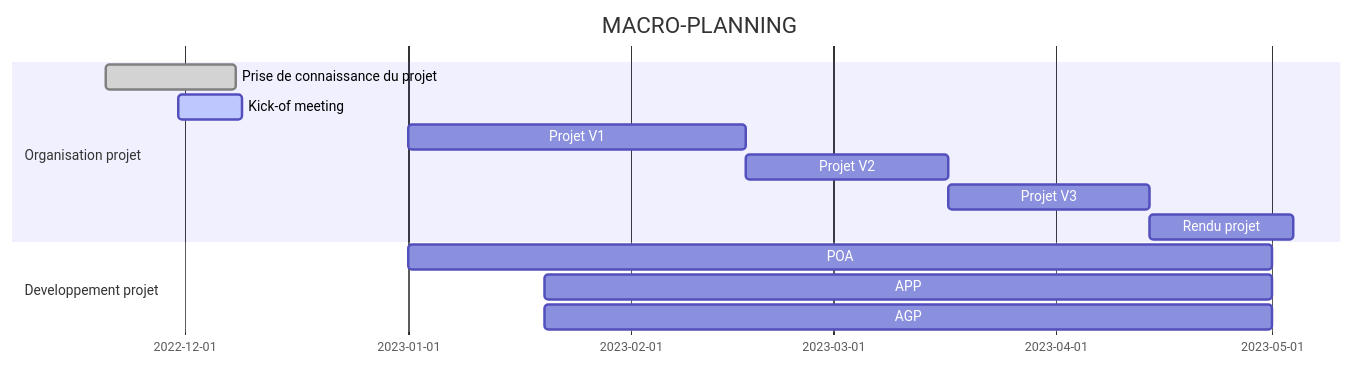
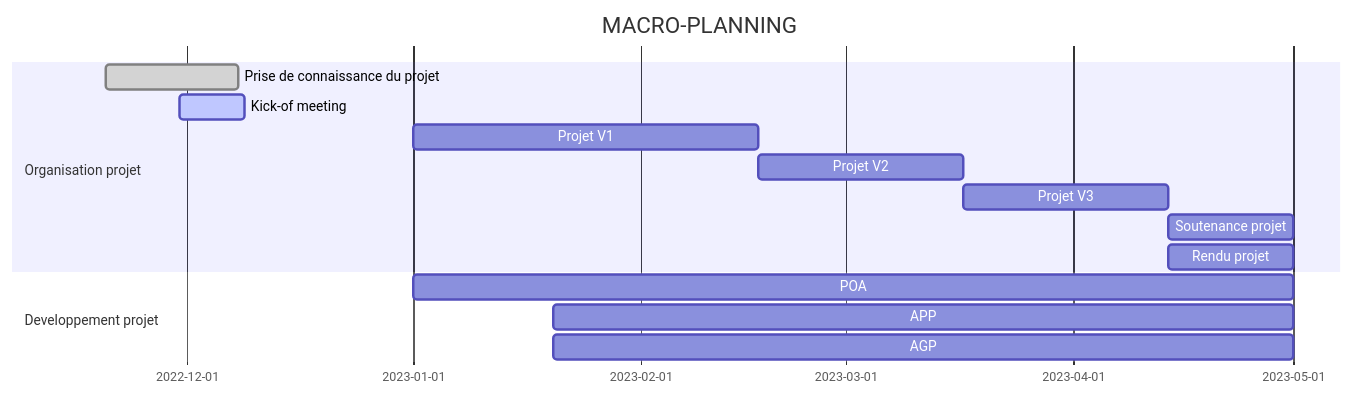
One commit to morganLantrade/TP_M1 changed the diagram in readme.md. Above: the diagram before and after it, drawn with Mermaid.

````diff
--- a/readme.md
+++ b/readme.md
@@ -36,19 +36,20 @@
 ```mermaid
 gantt
 dateFormat  YYYY-MM-DD
 
 title MACRO-PLANNING
 
 section Organisation projet
 Prise de connaissance du projet            :done,    des1, 2022-11-20,18d
 Kick-of meeting               :active,  des2, 2022-11-30,9d
 Projet V1               	:         des3, 2023-01-01,2023-02-17
 Projet V2                :        des4, 2023-02-17,2023-03-17
 Projet V3                 :        des5, 2023-03-17,2023-04-14
-Rendu projet                :        after des5,20d
+Soutenance projet                :        after des5,2023-05-01
+Rendu projet                :        after des5,2023-05-01
 
 section Developpement projet
 POA               :2023-01-01,2023-05-01
 APP      :2023-01-20,2023-05-01
 AGP    :2023-01-20,2023-05-01
 ```
````
